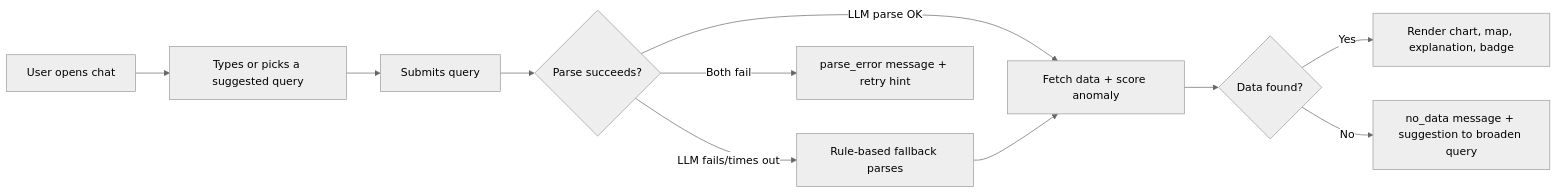
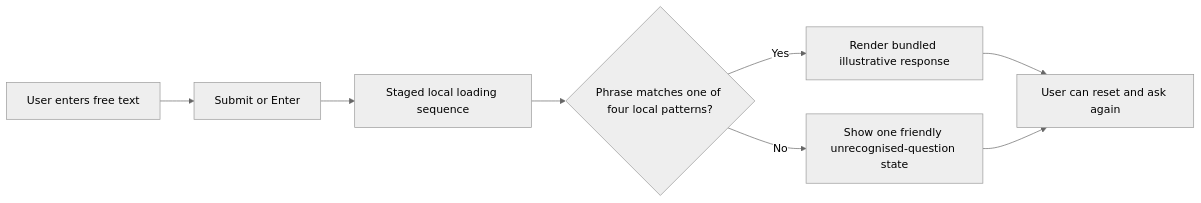
The diagram in docs/design.md (dhruvwarriorr/floatchat), drawn with Mermaid (neutral theme) before and after one commit. The commit also changed other lines of this file and 15 other files, not shown here.

````diff
--- a/docs/design.md
+++ b/docs/design.md
@@ -15,13 +16,10 @@
 ```mermaid
 flowchart LR
-    A[User opens chat] --> B[Types or picks a suggested query]
-    B --> C[Submits query]
-    C --> D{Parse succeeds?}
-    D -->|LLM parse OK| E[Fetch data + score anomaly]
-    D -->|LLM fails/times out| F[Rule-based fallback parses]
-    F --> E
-    D -->|Both fail| G[parse_error message + retry hint]
-    E --> H{Data found?}
-    H -->|Yes| I[Render chart, map, explanation, badge]
-    H -->|No| J[no_data message + suggestion to broaden query]
+    A[User enters free text] --> B[Submit or Enter]
+    B --> C[Staged local loading sequence]
+    C --> D{Phrase matches one of four local patterns?}
+    D -->|Yes| E[Render bundled illustrative response]
+    D -->|No| F[Show one friendly unrecognised-question state]
+    E --> G[User can reset and ask again]
+    F --> G
 ```
````
